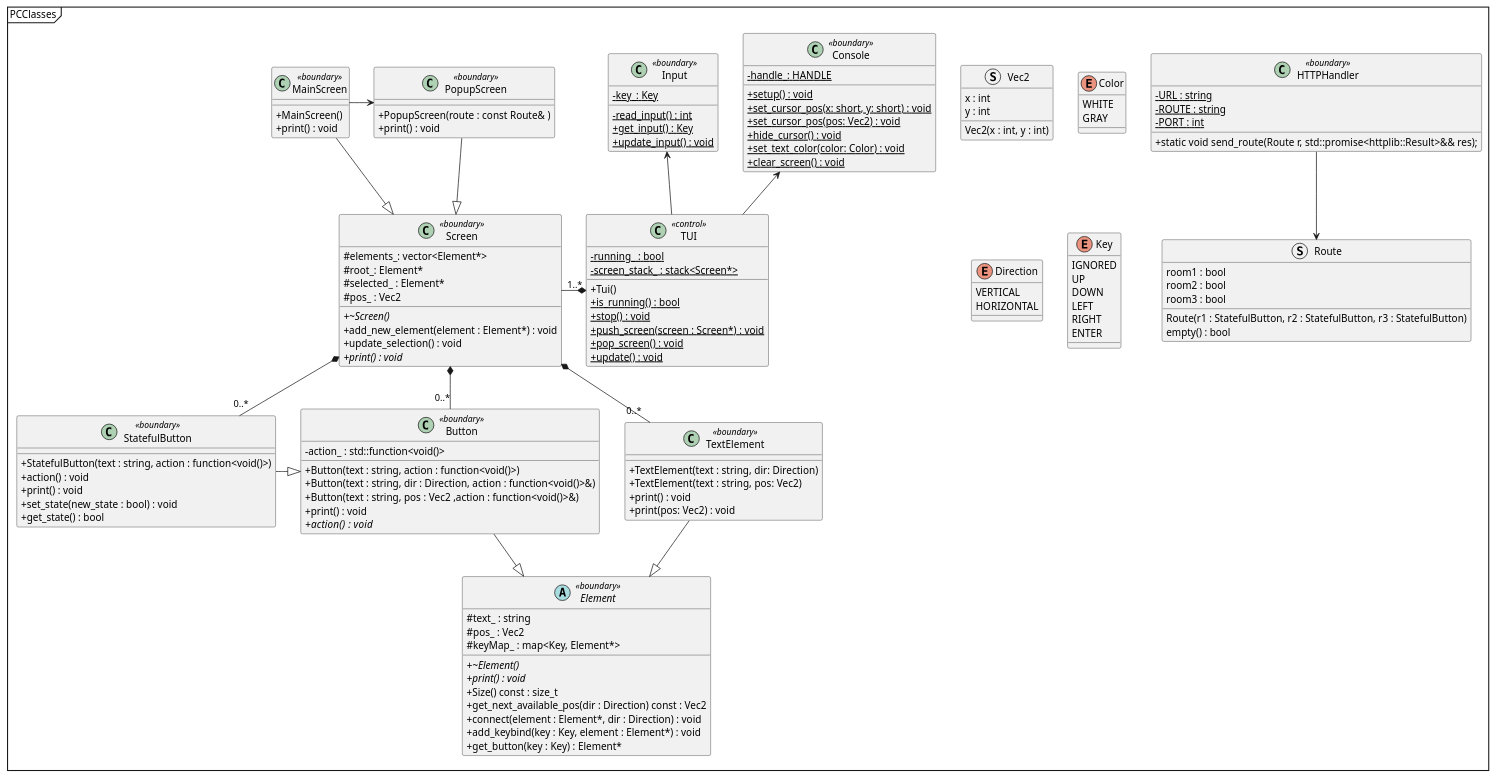
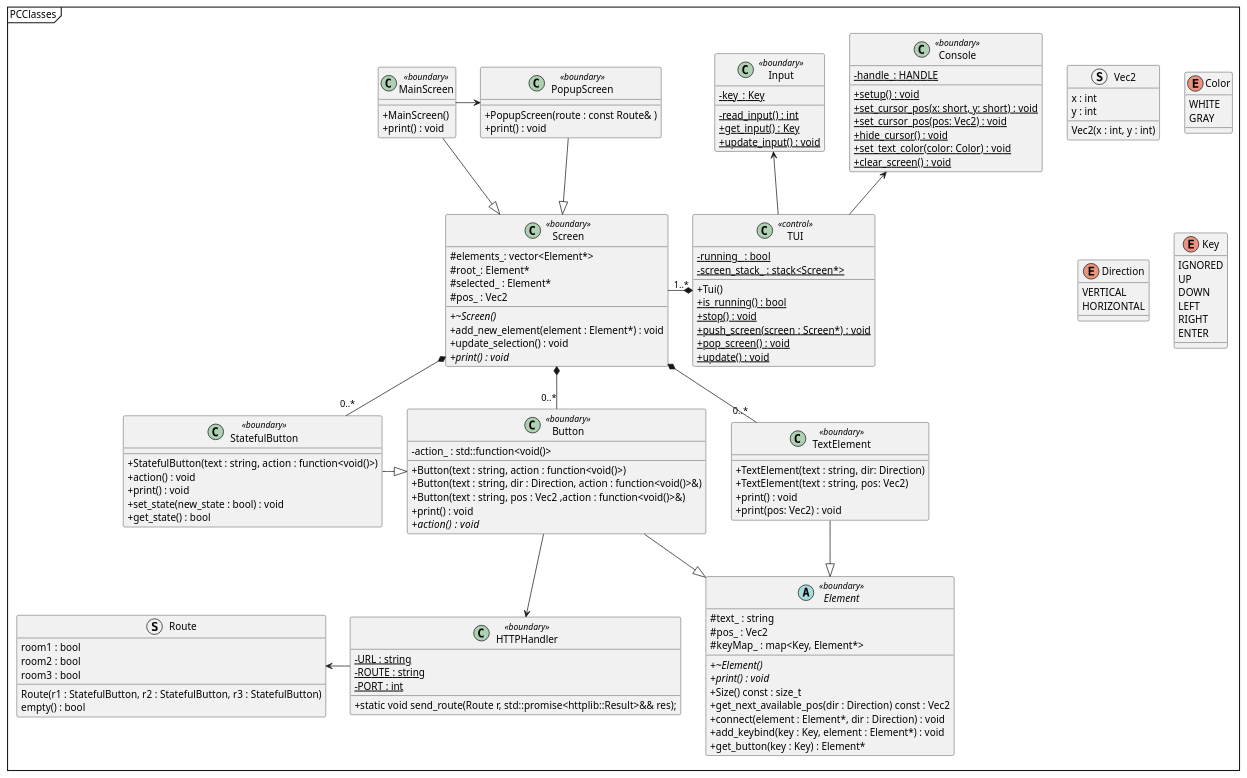
The diagram in docs/diagrams/Plantuml/apModel/pc_classes.puml (lineklemensen/PRJ3), drawn with PlantUML before and after one commit.

Commit message:
Add struct to uc2 diagrams

```diff
--- a/docs/diagrams/Plantuml/apModel/pc_classes.puml
+++ b/docs/diagrams/Plantuml/apModel/pc_classes.puml
@@ -1,190 +1,190 @@
 @startuml PCClasses
 
 mainframe PCClasses
 'hide circle
 
 skinparam {
     packageStyle rectangle
     'Linetype ortho
     ClassAttributeIconSize 0
 }
 
 class "TUI" as tui <<control>>
 {
    - {static} running_ : bool
    - {static} screen_stack_ : stack<Screen*>
 
    + Tui()
    + {static} is_running() : bool
    + {static} stop() : void
    + {static} push_screen(screen : Screen*) : void
    + {static} pop_screen() : void
    + {static} update() : void
 }
 
 class "Console" as cs <<boundary>>
 {
 
    -{static}handle_: HANDLE
    +{static}setup() : void
    +{static}set_cursor_pos(x: short, y: short) : void
    +{static}set_cursor_pos(pos: Vec2) : void
    +{static}hide_cursor() : void
    +{static}set_text_color(color: Color) : void
    +{static}clear_screen() : void
 
 }
 
 class "Input" as in <<boundary>>
 {
    -{static}key_: Key
    -{static}read_input() : int
    +{static}get_input() : Key
    +{static}update_input() : void
 }
 
 class "Button" as b <<boundary>>
 {
    - {field}action_ : std::function<void()>
    + Button(text : string, action : function<void()>)
    + Button(text : string, dir : Direction, action : function<void()>&)
    + Button(text : string, pos : Vec2 ,action : function<void()>&)
    + print() : void
    + {abstract} action() :  void
 }
 
 abstract "Element" as e <<boundary>>
 {
    + {abstract}~Element()
    + {abstract}print() : void 
    + Size() const : size_t
    + get_next_available_pos(dir : Direction) const : Vec2
    + connect(element : Element*, dir : Direction) : void
    + add_keybind(key : Key, element : Element*) : void
    + get_button(key : Key) : Element*
 
    # text_ : string
    # pos_ : Vec2 
    # keyMap_ : map<Key, Element*>
 
 }
 
 class "TextElement" as te <<boundary>>
 {
    + TextElement(text : string, dir: Direction)
    + TextElement(text : string, pos: Vec2)
    + print() : void
    + print(pos: Vec2) : void
 }
 
 class "StatefulButton" as sb <<boundary>>
 {
    + StatefulButton(text : string, action : function<void()>)
    '+ StatefulButton(text : string, dir : Direction,action : function<void()>)
    + action() : void
    + print() : void
    + set_state(new_state : bool) : void
    + get_state() : bool
 }
 
 class "HTTPHandler" as http <<boundary>>
 {
    - {static}URL : string
    - {static}ROUTE : string
    - {static}PORT : int
 
    + static void send_route(Route r, std::promise<httplib::Result>&& res);
 }
 
 class "Screen" as sc <<boundary>>
 {
    # elements_: vector<Element*>
    # root_: Element*
    # selected_ : Element* 
    # pos_ : Vec2
 
    + {abstract}~Screen()
    + add_new_element(element : Element*) : void
    + update_selection() : void
    + {abstract}print() : void
 
 }
 
 class "MainScreen" as msc <<boundary>>
 {
    + MainScreen()
    + print() : void
 }
 class "PopupScreen" as psc <<boundary>>
 {
    + PopupScreen(route : const Route& )
    + print() : void
 }
 
 
 struct Vec2{
    x : int
    y : int
 
    Vec2(x : int, y : int)
 }
 struct Route
 {
    room1 : bool
    room2 : bool
    room3 : bool
 
    Route(r1 : StatefulButton, r2 : StatefulButton, r3 : StatefulButton)
    empty() : bool
 }
 
 enum Color {
    WHITE
    GRAY
 }
 
 enum Direction{
    VERTICAL
    HORIZONTAL
 }
 
 enum Key
 {
    IGNORED
    UP
    DOWN
    LEFT
    RIGHT
    ENTER
 }
 
 tui -u-> cs
 tui -u-> in
 
 sc <|-u- msc
 sc <|-u- psc
 
 tui *-l- "1..*" sc
 msc -r-> psc
 
 te --|> e
 sb -r-|> b
 b --|> e
 
 sc *-d- "0..*" te
 sc *-d- "0..*" sb
 sc *-d- "0..*" b
 
-'b --> http 
+b --> http 
 
 
-http -d-> Route
+http -l-> Route
 
 'note right of Color : Used for setting the\ntext color in the terminal;
 'note right of Direction : Used for determining which\ndirection to automatically place an element
 'note right of Key : The different input keys
 'note right of Vec2 : Simple storage of a x,y pair of values.\nMostly used as coordinates
 
 
 
 @enduml
```
